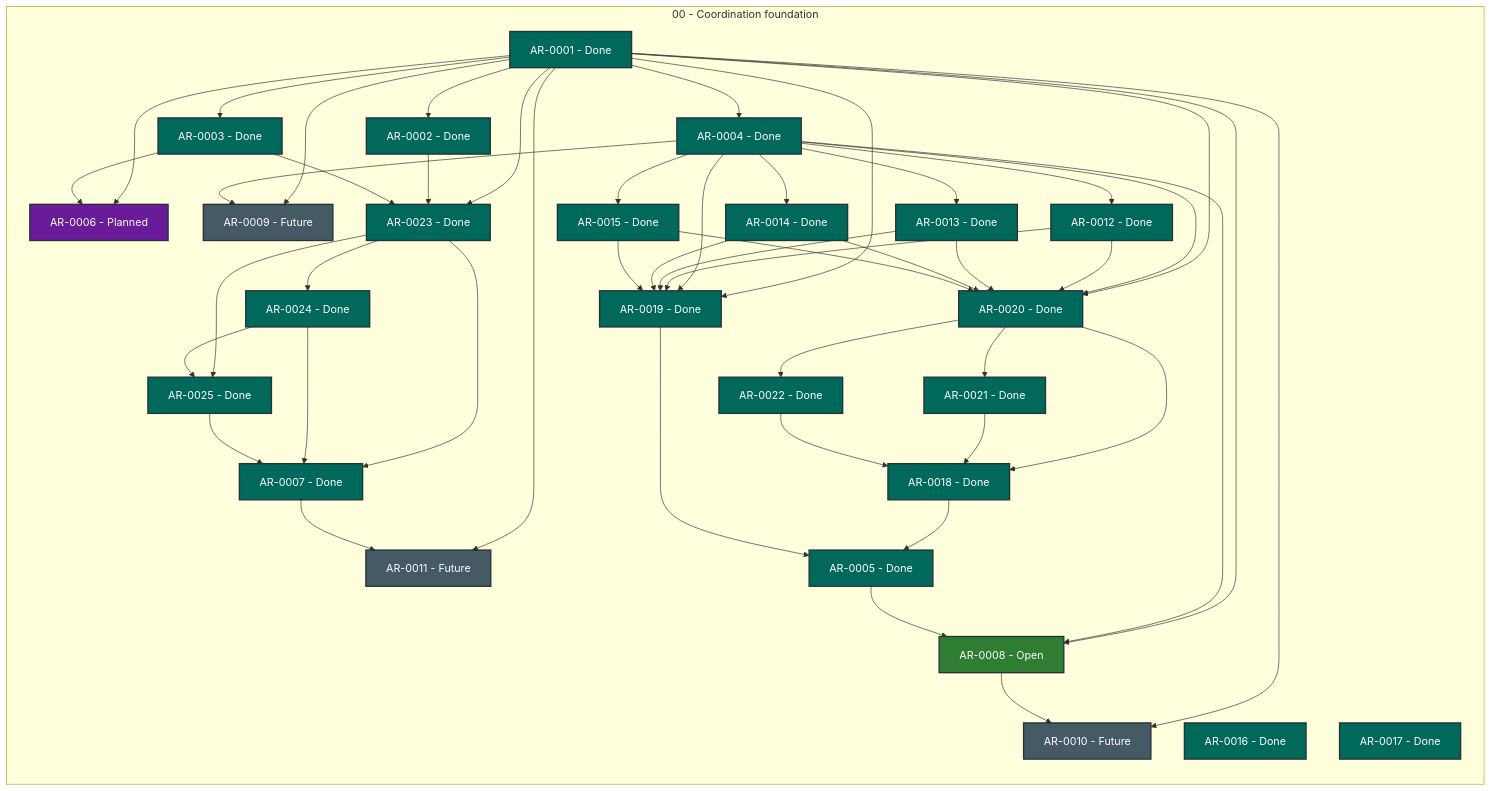
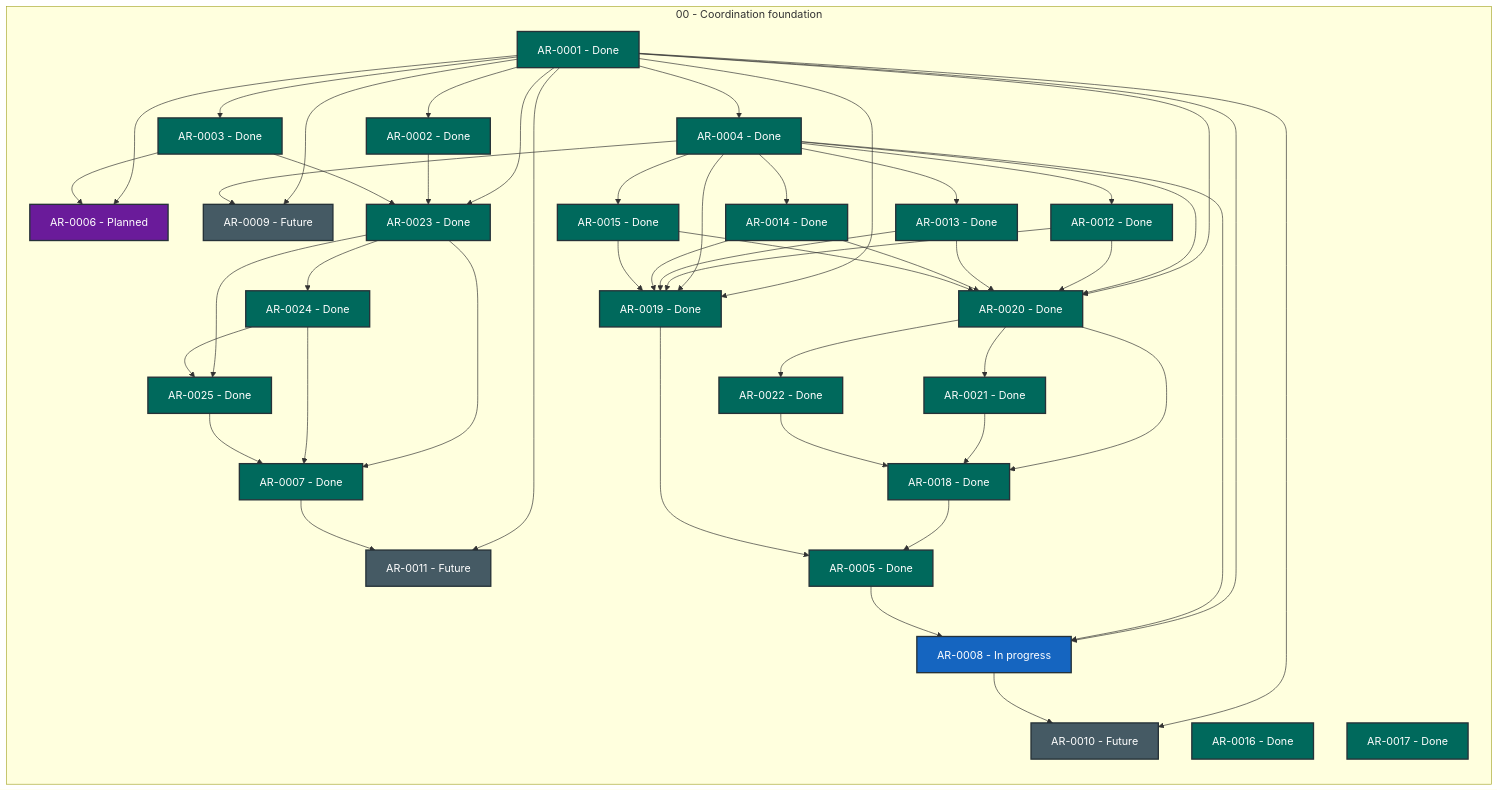
One commit to martin-beck/agent-workflow-quality-state changed the diagram in STATUS.md. Above: the diagram before and after it, drawn with Mermaid. The commit also changed other lines of this file and 2 other files, not shown here.

```diff
--- a/STATUS.md
+++ b/STATUS.md
@@ -35,7 +35,7 @@
         AR_0005["AR-0005 - Done"]:::status_done
         AR_0006["AR-0006 - Planned"]:::status_planned
         AR_0007["AR-0007 - Done"]:::status_done
-        AR_0008["AR-0008 - Open"]:::status_open
+        AR_0008["AR-0008 - In progress"]:::status_in_progress
         AR_0009["AR-0009 - Future"]:::status_future
         AR_0010["AR-0010 - Future"]:::status_future
         AR_0011["AR-0011 - Future"]:::status_future
```
